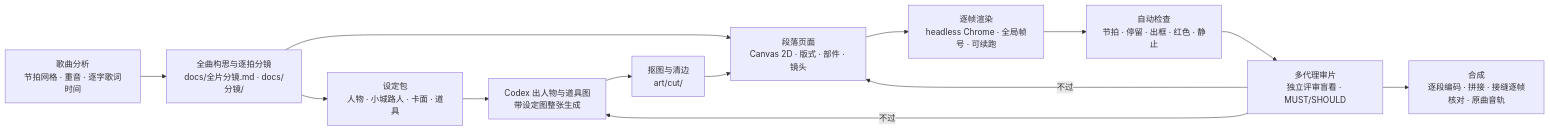
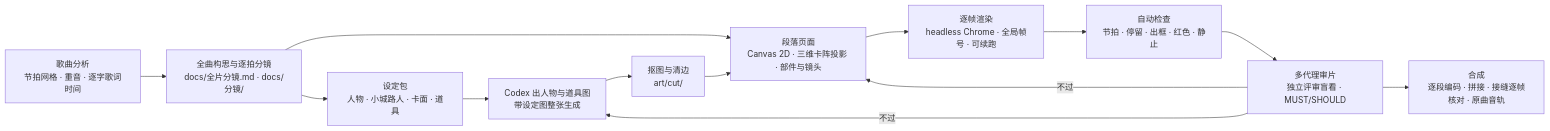
Before and after one commit to RepressedAlliance/CurlewCornice-LostOnesWeeping: the diagram in README.md, drawn with Mermaid. The commit also changed other lines of this file and 8 other files, not shown here.

````diff
--- a/README.md
+++ b/README.md
@@ -78,15 +76,15 @@
 ```mermaid
 flowchart LR
   A["歌曲分析<br/>节拍网格 · 重音 · 逐字歌词时间"] --> B["全曲构思与逐拍分镜<br/>docs/全片分镜.md · docs/分镜/"]
   B --> C["设定包<br/>人物 · 小城路人 · 卡面 · 道具"]
   C --> D["Codex 出人物与道具图<br/>带设定图整张生成"]
   D --> E["抠图与清边<br/>art/cut/"]
-  B --> F["段落页面<br/>Canvas 2D · 版式 · 部件 · 镜头"]
+  B --> F["段落页面<br/>Canvas 2D · 三维卡阵投影 · 部件与镜头"]
   E --> F
   F --> G["逐帧渲染<br/>headless Chrome · 全局帧号 · 可续跑"]
   G --> H["自动检查<br/>节拍 · 停留 · 出框 · 红色 · 静止"]
   H --> I["多代理审片<br/>独立评审盲看 · MUST/SHOULD"]
   I -->|不过| F
   I -->|不过| D
   I --> J["合成<br/>逐段编码 · 拼接 · 接缝逐帧核对 · 原曲音轨"]
 ```
````
